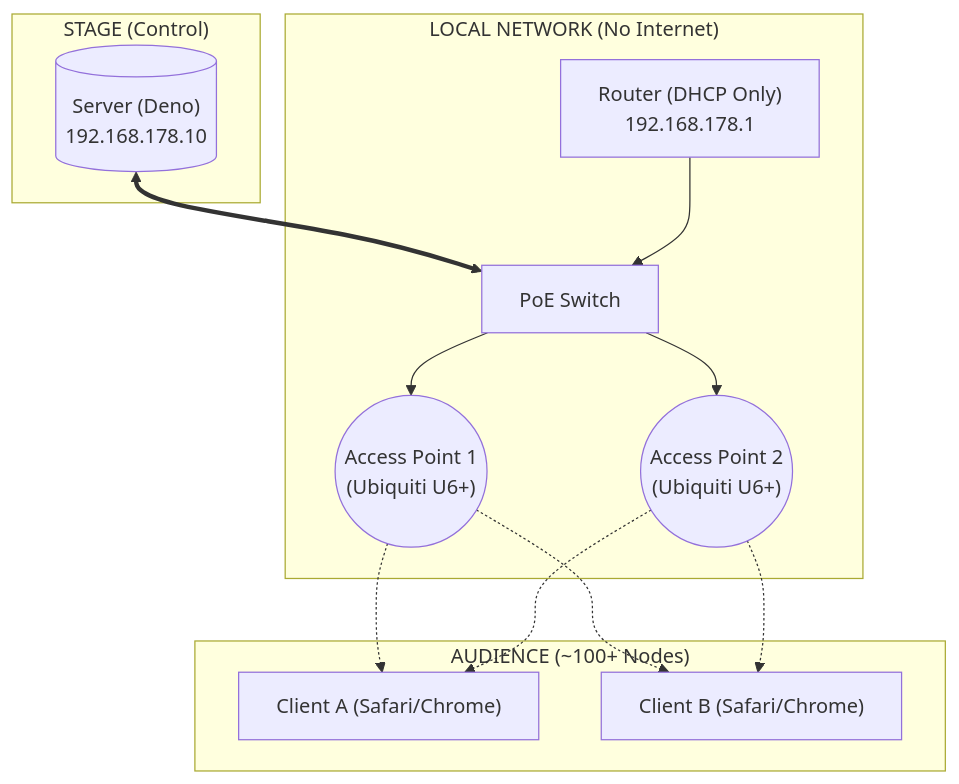
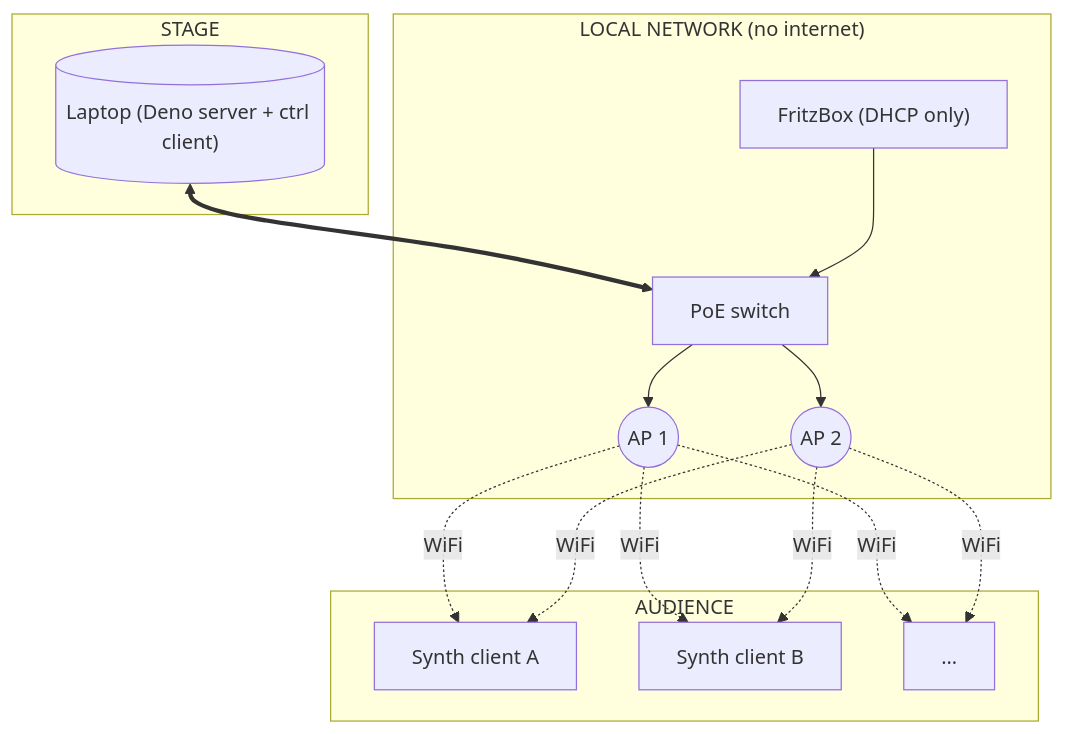
Before and after one commit to capogreco/local.assembly.fm: the diagram in README.md, drawn with Mermaid. The commit also changed other lines of this file and 1 other file, not shown here.

Commit message:
updating readme, fixes to local mode

````diff
--- a/README.md
+++ b/README.md
@@ -28,24 +26,24 @@
 ```mermaid
 graph TD
-    subgraph STAGE ["STAGE (Control)"]
-        MBP[("Server (Deno)<br>192.168.178.10")]
+    subgraph STAGE ["STAGE"]
+        MBP[("Laptop (Deno server + ctrl client)")]
     end
 
-    subgraph INFRA ["LOCAL NETWORK (No Internet)"]
-        Switch["PoE Switch"]
-        AP1(("Access Point 1<br>(Ubiquiti U6+)"))
-        AP2(("Access Point 2<br>(Ubiquiti U6+)"))
-        Fritz["Router (DHCP Only)<br>192.168.178.1"]
+    subgraph INFRA ["LOCAL NETWORK (no internet)"]
+        Switch["PoE switch"]
+        AP1(("AP 1"))
+        AP2(("AP 2"))
+        Router["FritzBox (DHCP only)"]
     end
 
-    subgraph AUDIENCE ["AUDIENCE (~100+ Nodes)"]
-        Phone1["Client A (Safari/Chrome)"]
-        Phone2["Client B (Safari/Chrome)"]
+    subgraph AUDIENCE ["AUDIENCE"]
+        Phone1["Synth client A"]
+        Phone2["Synth client B"]
+        PhoneN["…"]
     end
 
     MBP <==> Switch
-    Fritz --> Switch
+    Router --> Switch
     Switch --> AP1 & AP2
-    AP1 & AP2 -.-> Phone1 & Phone2
-
+    AP1 & AP2 -.WiFi.-> Phone1 & Phone2 & PhoneN
 ```
````
